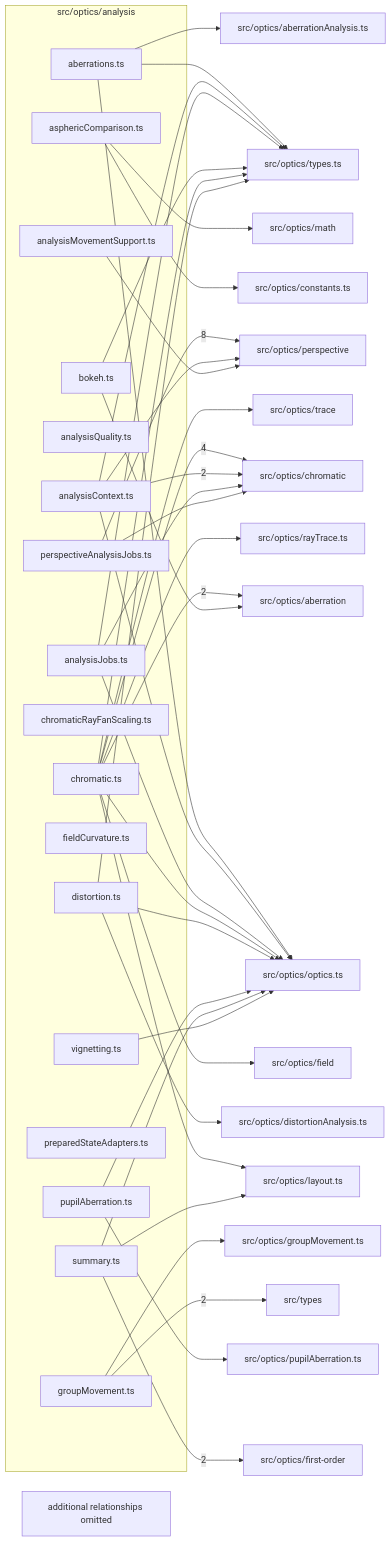
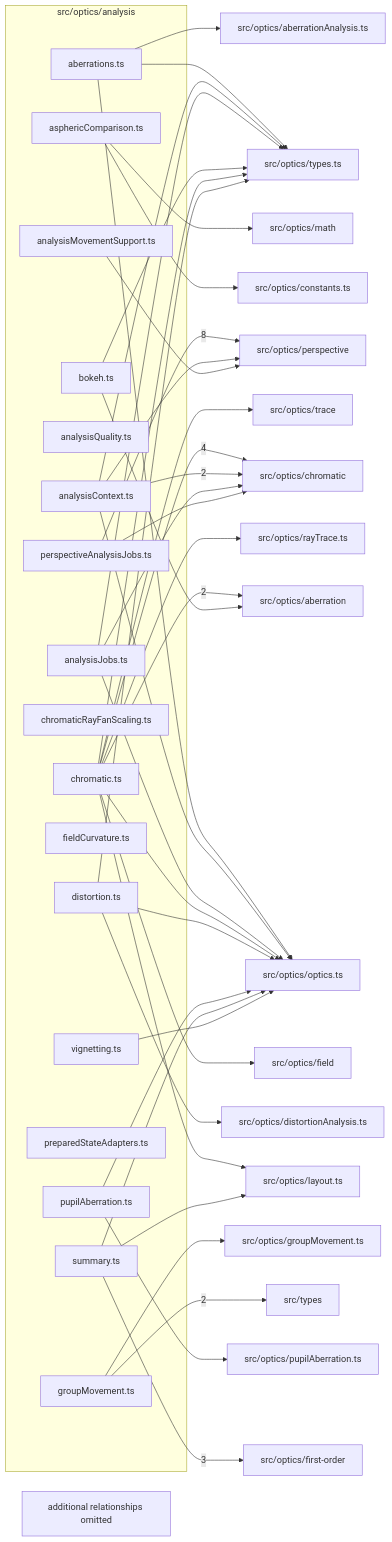
The diagram in src/optics/analysis/readme.md (ronbuening/LensVisualizer), drawn with Mermaid before and after one commit. The commit also changed other lines of this file and 30 other files, not shown here.

````diff
--- a/src/optics/analysis/readme.md
+++ b/src/optics/analysis/readme.md
@@ -9,76 +9,76 @@
 ```mermaid
 flowchart LR
   subgraph n_src_optics_analysis["src/optics/analysis"]
     n_src_optics_analysis_src_optics_analysis_aberrations_ts["aberrations.ts"]
     n_src_optics_analysis_src_optics_analysis_analysisContext_ts["analysisContext.ts"]
     n_src_optics_analysis_src_optics_analysis_analysisJobs_ts["analysisJobs.ts"]
     n_src_optics_analysis_src_optics_analysis_analysisMovementSupport_ts["analysisMovementSupport.ts"]
     n_src_optics_analysis_src_optics_analysis_analysisQuality_ts["analysisQuality.ts"]
     n_src_optics_analysis_src_optics_analysis_asphericComparison_ts["asphericComparison.ts"]
     n_src_optics_analysis_src_optics_analysis_bokeh_ts["bokeh.ts"]
     n_src_optics_analysis_src_optics_analysis_chromatic_ts["chromatic.ts"]
     n_src_optics_analysis_src_optics_analysis_chromaticRayFanScaling_ts["chromaticRayFanScaling.ts"]
     n_src_optics_analysis_src_optics_analysis_distortion_ts["distortion.ts"]
     n_src_optics_analysis_src_optics_analysis_fieldCurvature_ts["fieldCurvature.ts"]
     n_src_optics_analysis_src_optics_analysis_groupMovement_ts["groupMovement.ts"]
     n_src_optics_analysis_src_optics_analysis_perspectiveAnalysisJobs_ts["perspectiveAnalysisJobs.ts"]
     n_src_optics_analysis_src_optics_analysis_preparedStateAdapters_ts["preparedStateAdapters.ts"]
     n_src_optics_analysis_src_optics_analysis_pupilAberration_ts["pupilAberration.ts"]
     n_src_optics_analysis_src_optics_analysis_summary_ts["summary.ts"]
     n_src_optics_analysis_src_optics_analysis_vignetting_ts["vignetting.ts"]
   end
   n_external_src_optics_perspective["src/optics/perspective"]
   n_external_src_optics_chromatic["src/optics/chromatic"]
+  n_external_src_optics_first_order["src/optics/first-order"]
   n_external_src_optics_aberration["src/optics/aberration"]
-  n_external_src_optics_first_order["src/optics/first-order"]
   n_external_src_types["src/types"]
   n_external_src_optics_aberrationAnalysis_ts["src/optics/aberrationAnalysis.ts"]
   n_external_src_optics_constants_ts["src/optics/constants.ts"]
   n_external_src_optics_distortionAnalysis_ts["src/optics/distortionAnalysis.ts"]
   n_external_src_optics_field["src/optics/field"]
   n_external_src_optics_groupMovement_ts["src/optics/groupMovement.ts"]
   n_external_src_optics_layout_ts["src/optics/layout.ts"]
   n_external_src_optics_math["src/optics/math"]
   n_external_src_optics_optics_ts["src/optics/optics.ts"]
   n_external_src_optics_pupilAberration_ts["src/optics/pupilAberration.ts"]
   n_external_src_optics_rayTrace_ts["src/optics/rayTrace.ts"]
   n_external_src_optics_trace["src/optics/trace"]
   n_external_src_optics_types_ts["src/optics/types.ts"]
   n_src_optics_analysis_src_optics_analysis_perspectiveAnalysisJobs_ts --> |8| n_external_src_optics_perspective
   n_src_optics_analysis_src_optics_analysis_chromatic_ts --> |4| n_external_src_optics_chromatic
+  n_src_optics_analysis_src_optics_analysis_summary_ts --> |3| n_external_src_optics_first_order
   n_src_optics_analysis_src_optics_analysis_chromatic_ts --> |2| n_external_src_optics_aberration
   n_src_optics_analysis_src_optics_analysis_analysisContext_ts --> |2| n_external_src_optics_chromatic
-  n_src_optics_analysis_src_optics_analysis_summary_ts --> |2| n_external_src_optics_first_order
   n_src_optics_analysis_src_optics_analysis_groupMovement_ts --> |2| n_external_src_types
   n_src_optics_analysis_src_optics_analysis_bokeh_ts --> n_external_src_optics_aberration
   n_src_optics_analysis_src_optics_analysis_aberrations_ts --> n_external_src_optics_aberrationAnalysis_ts
   n_src_optics_analysis_src_optics_analysis_analysisJobs_ts --> n_external_src_optics_chromatic
   n_src_optics_analysis_src_optics_analysis_perspectiveAnalysisJobs_ts --> n_external_src_optics_chromatic
   n_src_optics_analysis_src_optics_analysis_asphericComparison_ts --> n_external_src_optics_constants_ts
   n_src_optics_analysis_src_optics_analysis_distortion_ts --> n_external_src_optics_distortionAnalysis_ts
   n_src_optics_analysis_src_optics_analysis_chromatic_ts --> n_external_src_optics_field
   n_src_optics_analysis_src_optics_analysis_groupMovement_ts --> n_external_src_optics_groupMovement_ts
   n_src_optics_analysis_src_optics_analysis_chromatic_ts --> n_external_src_optics_layout_ts
   n_src_optics_analysis_src_optics_analysis_summary_ts --> n_external_src_optics_layout_ts
   n_src_optics_analysis_src_optics_analysis_asphericComparison_ts --> n_external_src_optics_math
   n_src_optics_analysis_src_optics_analysis_aberrations_ts --> n_external_src_optics_optics_ts
   n_src_optics_analysis_src_optics_analysis_analysisContext_ts --> n_external_src_optics_optics_ts
   n_src_optics_analysis_src_optics_analysis_analysisJobs_ts --> n_external_src_optics_optics_ts
   n_src_optics_analysis_src_optics_analysis_chromatic_ts --> n_external_src_optics_optics_ts
   n_src_optics_analysis_src_optics_analysis_distortion_ts --> n_external_src_optics_optics_ts
   n_src_optics_analysis_src_optics_analysis_pupilAberration_ts --> n_external_src_optics_optics_ts
   n_src_optics_analysis_src_optics_analysis_summary_ts --> n_external_src_optics_optics_ts
   n_src_optics_analysis_src_optics_analysis_vignetting_ts --> n_external_src_optics_optics_ts
   n_src_optics_analysis_src_optics_analysis_analysisContext_ts --> n_external_src_optics_perspective
   n_src_optics_analysis_src_optics_analysis_analysisMovementSupport_ts --> n_external_src_optics_perspective
   n_src_optics_analysis_src_optics_analysis_pupilAberration_ts --> n_external_src_optics_pupilAberration_ts
   n_src_optics_analysis_src_optics_analysis_chromatic_ts --> n_external_src_optics_rayTrace_ts
   n_src_optics_analysis_src_optics_analysis_chromatic_ts --> n_external_src_optics_trace
   n_src_optics_analysis_src_optics_analysis_aberrations_ts --> n_external_src_optics_types_ts
   n_src_optics_analysis_src_optics_analysis_analysisContext_ts --> n_external_src_optics_types_ts
   n_src_optics_analysis_src_optics_analysis_analysisJobs_ts --> n_external_src_optics_types_ts
   n_src_optics_analysis_src_optics_analysis_bokeh_ts --> n_external_src_optics_types_ts
   n_src_optics_analysis_src_optics_analysis_chromatic_ts --> n_external_src_optics_types_ts
   n_src_optics_analysis_src_optics_analysis_distortion_ts --> n_external_src_optics_types_ts
   n_src_optics_analysis_truncated["additional relationships omitted"]
 ```
````
